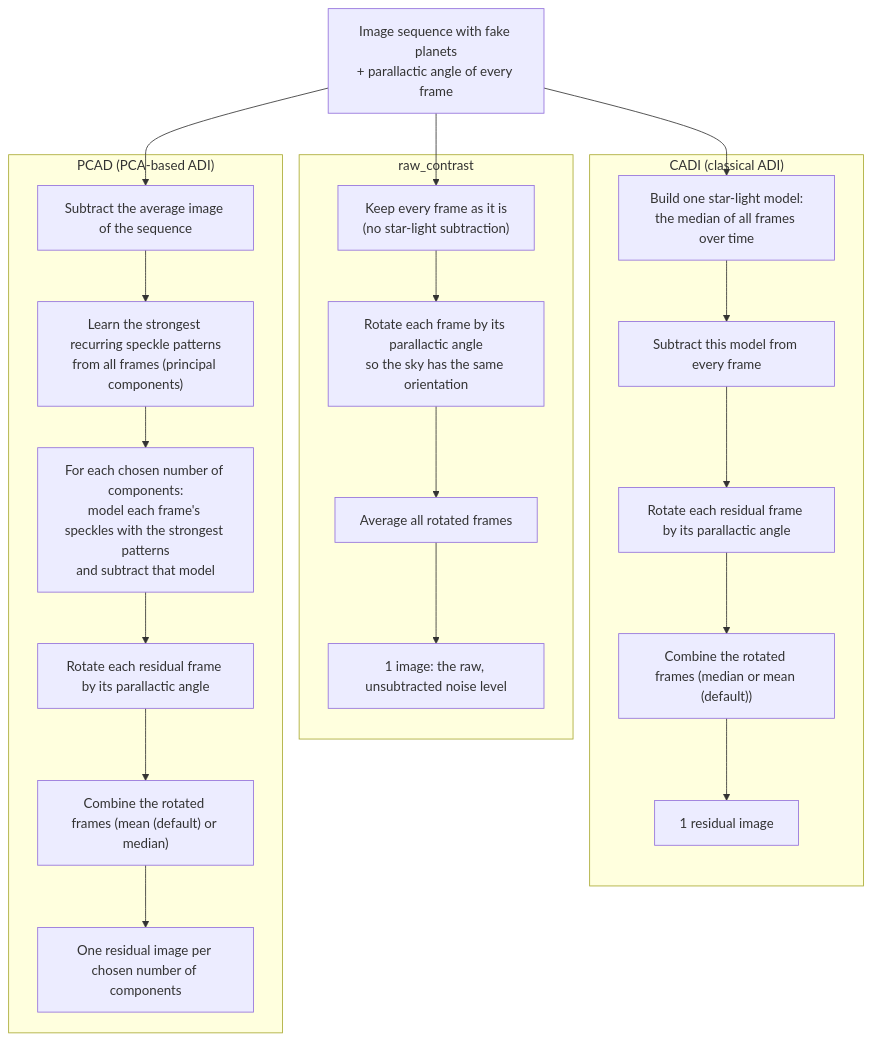
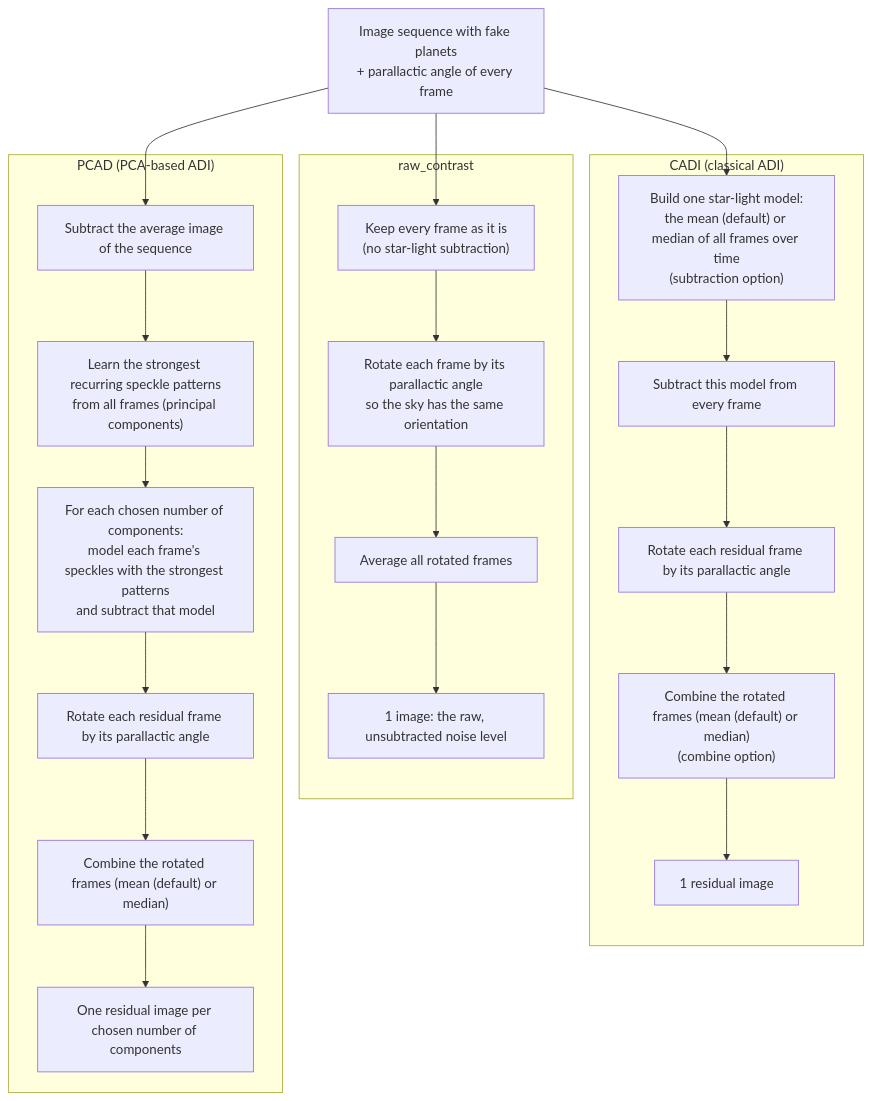
Before and after one commit to noah-bns/ESO_internship: the third of 5 diagrams in src/pipeline_ADI/README.md, drawn with Mermaid. The commit also changed other lines of this file and 5 other files, not shown here.

Commit message:
cadi change: subtraction and combine optional arguments

````diff
--- a/src/pipeline_ADI/README.md
+++ b/src/pipeline_ADI/README.md
@@ -102,35 +102,35 @@
 ```mermaid
 flowchart TD
     IN["Image sequence with fake planets<br/>+ parallactic angle of every frame"]
 
     subgraph RAW["raw_contrast"]
         R1["Keep every frame as it is<br/>(no star-light subtraction)"]
         R2["Rotate each frame by its parallactic angle<br/>so the sky has the same orientation"]
         R3["Average all rotated frames"]
         R4["1 image: the raw, unsubtracted noise level"]
         R1 --> R2 --> R3 --> R4
     end
 
     subgraph CADI["CADI (classical ADI)"]
-        C1["Build one star-light model:<br/>the median of all frames over time"]
+        C1["Build one star-light model:<br/>the mean (default) or median of all frames over time<br/>(subtraction option)"]
         C2["Subtract this model from every frame"]
         C3["Rotate each residual frame by its parallactic angle"]
-        C4["Combine the rotated frames (median or mean (default))"]
+        C4["Combine the rotated frames (mean (default) or median)<br/>(combine option)"]
         C5["1 residual image"]
         C1 --> C2 --> C3 --> C4 --> C5
     end
 
     subgraph PCAD["PCAD (PCA-based ADI)"]
         P1["Subtract the average image of the sequence"]
         P2["Learn the strongest recurring speckle patterns<br/>from all frames (principal components)"]
         P3["For each chosen number of components:<br/>model each frame's speckles with the strongest patterns<br/>and subtract that model"]
         P4["Rotate each residual frame by its parallactic angle"]
         P5["Combine the rotated frames (mean (default) or median)"]
         P6["One residual image per chosen number of components"]
         P1 --> P2 --> P3 --> P4 --> P5 --> P6
     end
 
     IN --> R1
     IN --> C1
     IN --> P1
 ```
````
